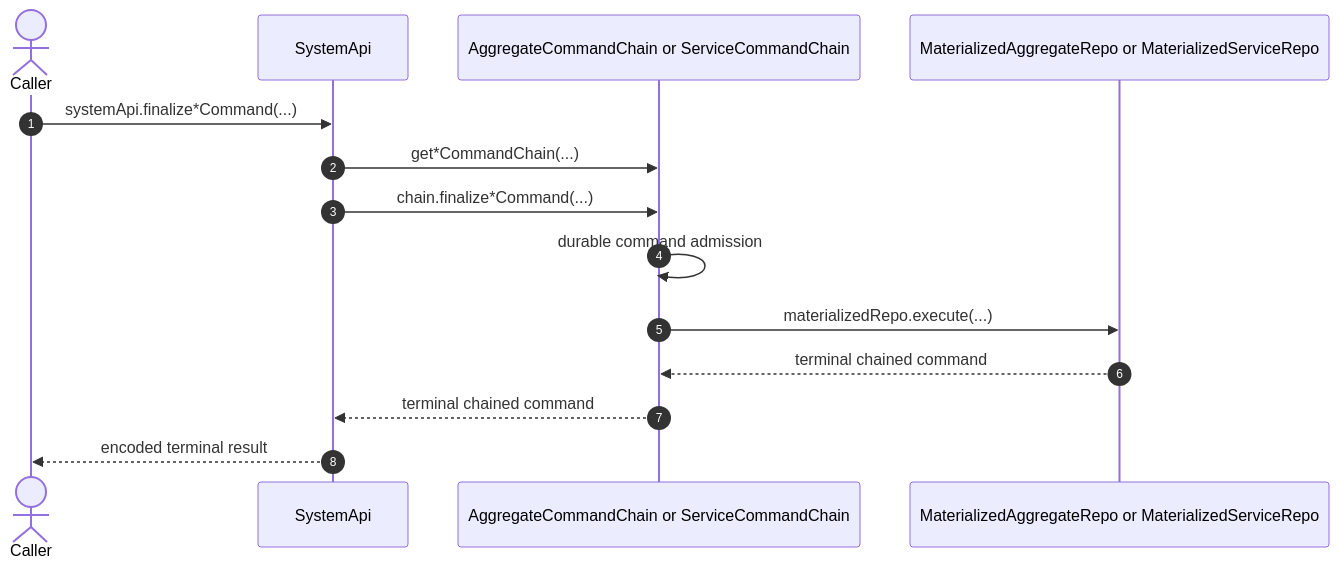
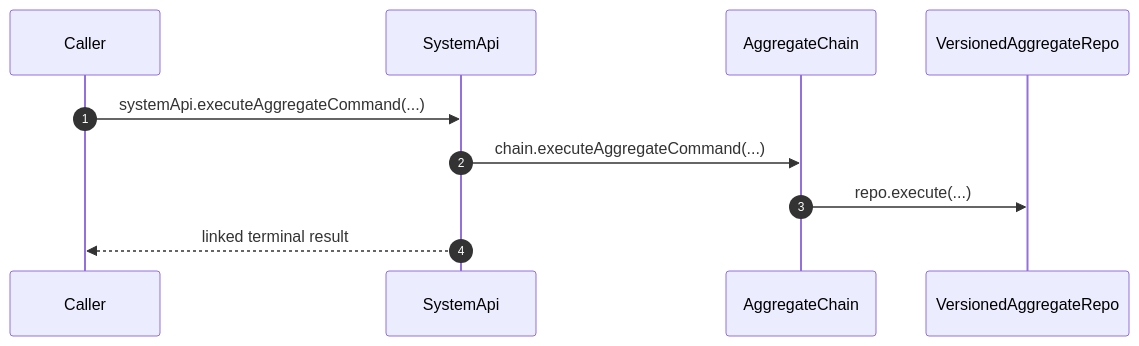
One commit to morgs32/qrk.sh changed the first of 2 diagrams in wiki/architecture/SystemApi.md. Above: the diagram before and after it, drawn with Mermaid. The commit also changed other lines of this file and 1046 other files, not shown here.

````diff
--- a/wiki/architecture/SystemApi.md
+++ b/wiki/architecture/SystemApi.md
@@ -28,24 +15,15 @@
 ```mermaid
 sequenceDiagram
-  actor Caller
+  participant Caller
   participant SystemApi
-  participant Chain as AggregateCommandChain or ServiceCommandChain
-  participant Materializer as MaterializedAggregateRepo or MaterializedServiceRepo
-
+  participant AggregateChain
+  participant VersionedAggregateRepo
   autonumber 1
-  Caller->>SystemApi: systemApi.finalize*Command(...)
+  Caller->>SystemApi: systemApi.executeAggregateCommand(...)
   autonumber 2
-  SystemApi->>Chain: get*CommandChain(...)
+  SystemApi->>AggregateChain: chain.executeAggregateCommand(...)
   autonumber 3
-  SystemApi->>Chain: chain.finalize*Command(...)
+  AggregateChain->>VersionedAggregateRepo: repo.execute(...)
   autonumber 4
-  Chain->>Chain: durable command admission
-  autonumber 5
-  Chain->>Materializer: materializedRepo.execute(...)
-  autonumber 6
-  Materializer-->>Chain: terminal chained command
-  autonumber 7
-  Chain-->>SystemApi: terminal chained command
-  autonumber 8
-  SystemApi-->>Caller: encoded terminal result
+  SystemApi-->>Caller: linked terminal result
 ```
````
